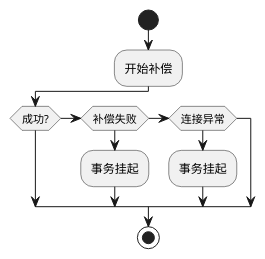
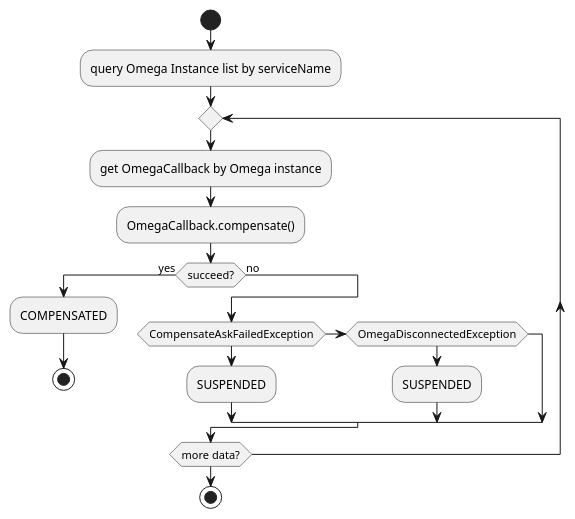
The diagram in docs/fsm/plantuml/compensation-activity-diagram.puml (coolbeevip/servicecomb-pack), drawn with PlantUML before and after one commit.

Commit message:
SCB-1577 Update compensation activity diagram

```diff
--- a/docs/fsm/plantuml/compensation-activity-diagram.puml
+++ b/docs/fsm/plantuml/compensation-activity-diagram.puml
@@ -1,11 +1,19 @@
 @startuml
 start
-:开始补偿;
-if (成功?) then
-elseif (补偿失败)
-  :事务挂起;
-elseif (连接异常)
-  :事务挂起;
-endif
+:query Omega Instance list by serviceName;
+repeat
+  :get OmegaCallback by Omega instance;
+  :OmegaCallback.compensate();
+  if (succeed?) then (yes)
+    :COMPENSATED;
+    stop
+  else (no)
+    if (CompensateAskFailedException)
+      :SUSPENDED;
+    elseif (OmegaDisconnectedException)
+      :SUSPENDED;
+    endif
+  endif
+repeat while (more data?)
 stop
 @enduml
```
